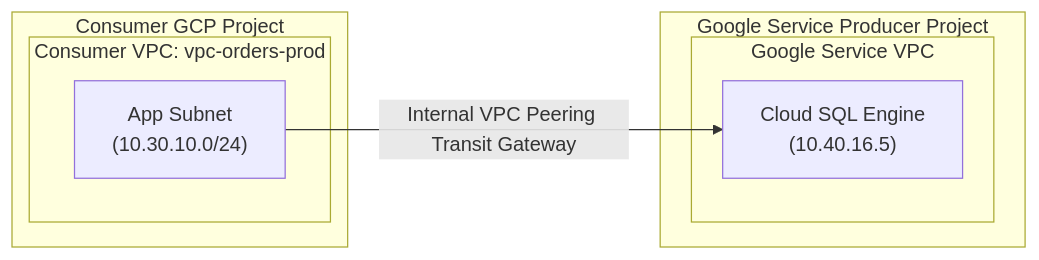
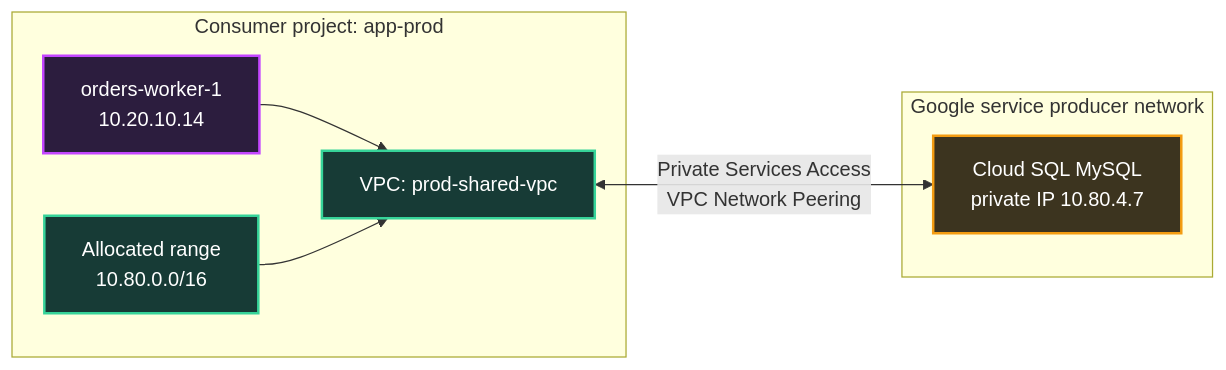
One commit to senlinyy/dev-roadmaps changed the second of 4 diagrams in cloud-providers/gcp/networking-connectivity/private-access.md. Above: the diagram before and after it, drawn with Mermaid. The commit also changed other lines of this file and 260 other files, not shown here.

````diff
--- a/cloud-providers/gcp/networking-connectivity/private-access.md
+++ b/cloud-providers/gcp/networking-connectivity/private-access.md
@@ -48,16 +85,20 @@
 ```mermaid
 flowchart LR
-    subgraph ConsumerProject["Consumer GCP Project"]
-        subgraph ConsumerVPC["Consumer VPC: vpc-orders-prod"]
-            AppSubnet["App Subnet<br/>(10.30.10.0/24)"]
-        end
+    subgraph Consumer["Consumer project: app-prod"]
+        VPC["VPC: prod-shared-vpc"]:::network
+        VM["orders-worker-1<br/>10.20.10.14"]:::compute
+        Range["Allocated range<br/>10.80.0.0/16"]:::network
+        VM --> VPC
+        Range --> VPC
     end
 
-    subgraph ProducerProject["Google Service Producer Project"]
-        subgraph ProducerVPC["Google Service VPC"]
-            DBNode["Cloud SQL Engine<br/>(10.40.16.5)"]
-        end
+    subgraph Producer["Google service producer network"]
+        SQL["Cloud SQL MySQL<br/>private IP 10.80.4.7"]:::service
     end
 
-    AppSubnet -->|Internal VPC Peering Transit Gateway| DBNode
+    VPC <-->|"Private Services Access<br/>VPC Network Peering"| SQL
+
+    classDef compute fill:#2c1d3e,stroke:#c446ff,stroke-width:2px,color:#fff
+    classDef network fill:#173b36,stroke:#36d399,stroke-width:2px,color:#fff
+    classDef service fill:#3c341f,stroke:#f39c12,stroke-width:2px,color:#fff
 ```
````
